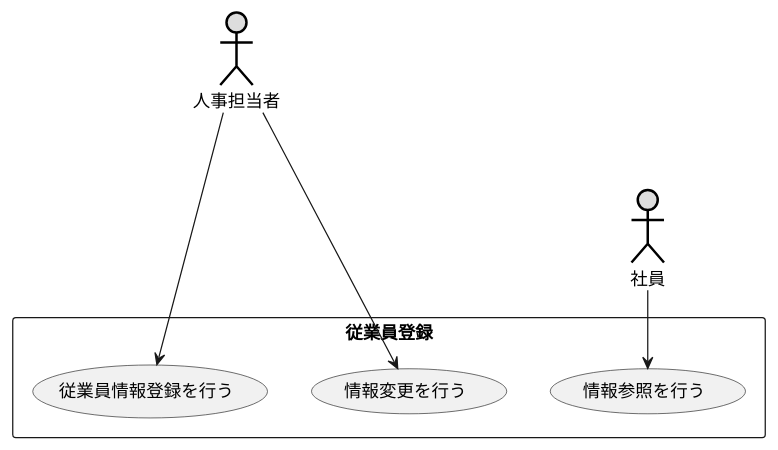
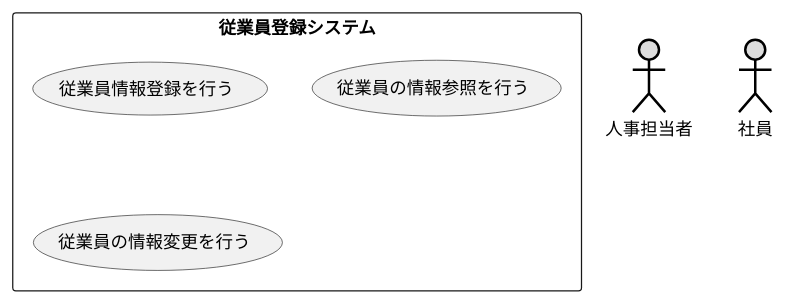
The diagram in 演習2-6_盛岡システム_従業員登録システム.pu (itouayumu/uml-introduction-), drawn with PlantUML before and after one commit. The commit also changed 1 other file, not shown here.

```diff
--- a/演習2-6_盛岡システム_従業員登録システム.pu
+++ b/演習2-6_盛岡システム_従業員登録システム.pu
@@ -1,21 +1,18 @@
 @startuml ユースケース図
-' left to right direction'
+' left to right direction
 
      actor 人事担当者 as u1 #DDDDDD;line:black;line.bold;
      actor 社員 as u2 #DDDDDD;line:black;line.bold;
 
 
-rectangle 従業員登録 {
+rectangle 従業員登録システム {
 usecase 従業員情報登録を行う as a1
-usecase 情報参照を行う as a2
+usecase 従業員の情報参照を行う as a2
 
-usecase 情報変更を行う as a4
+usecase 従業員の情報変更を行う as a4
 }
 
 
-u1--->a1
-u2-->a2
 
-u1-->a4
 
 @enduml
```
